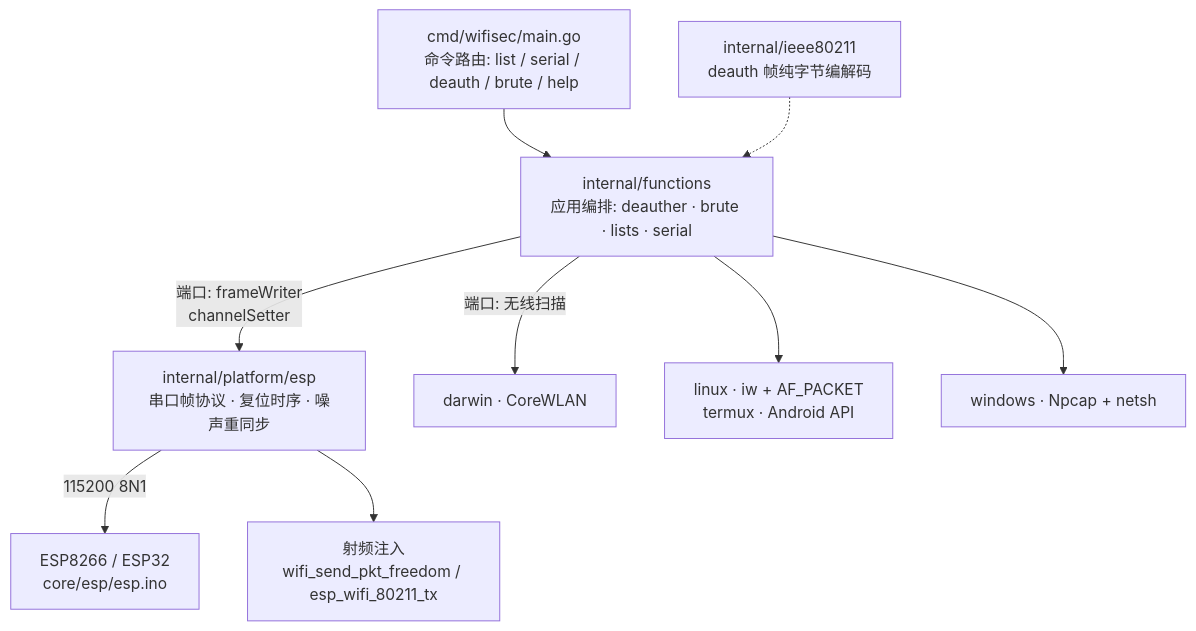
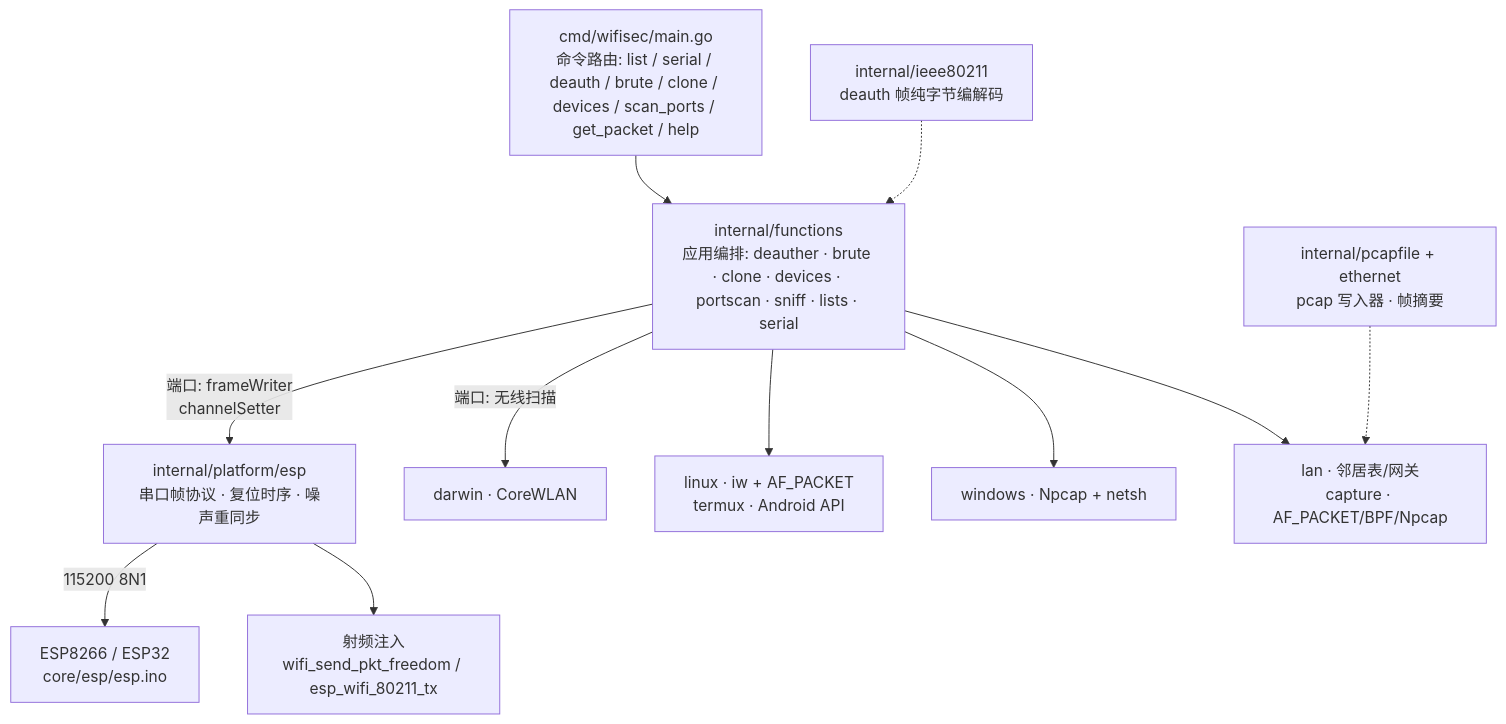
Before and after one commit to ctkqiang/wifisec: the diagram in README.md, drawn with Mermaid. The commit also changed other lines of this file and 2 other files, not shown here.

First line of the commit message:
docs: clone 与局域网三件套覆盖 README/文档站/llm.txt

````diff
--- a/README.md
+++ b/README.md
@@ -104,11 +104,13 @@
 ```mermaid
 flowchart TB
-    CLI["cmd/wifisec/main.go<br/>命令路由: list / serial / deauth / brute / help"] --> APP["internal/functions<br/>应用编排: deauther · brute · lists · serial"]
+    CLI["cmd/wifisec/main.go<br/>命令路由: list / serial / deauth / brute / clone / devices / scan_ports / get_packet / help"] --> APP["internal/functions<br/>应用编排: deauther · brute · clone · devices · portscan · sniff · lists · serial"]
     APP -->|"端口: frameWriter<br/>channelSetter"| ESP["internal/platform/esp<br/>串口帧协议 · 复位时序 · 噪声重同步"]
     APP -->|"端口: 无线扫描"| DAR["darwin · CoreWLAN"]
     APP --> LIN["linux · iw + AF_PACKET<br/>termux · Android API"]
     APP --> WIN["windows · Npcap + netsh"]
+    APP --> LAN["lan · 邻居表/网关<br/>capture · AF_PACKET/BPF/Npcap"]
     ESP -->|"115200 8N1"| HW["ESP8266 / ESP32<br/>core/esp/esp.ino"]
     IEEE["internal/ieee80211<br/>deauth 帧纯字节编解码"] -.-> APP
+    PCAP["internal/pcapfile + ethernet<br/>pcap 写入器 · 帧摘要"] -.-> LAN
     ESP --> HW2["射频注入<br/>wifi_send_pkt_freedom / esp_wifi_80211_tx"]
 ```
````
